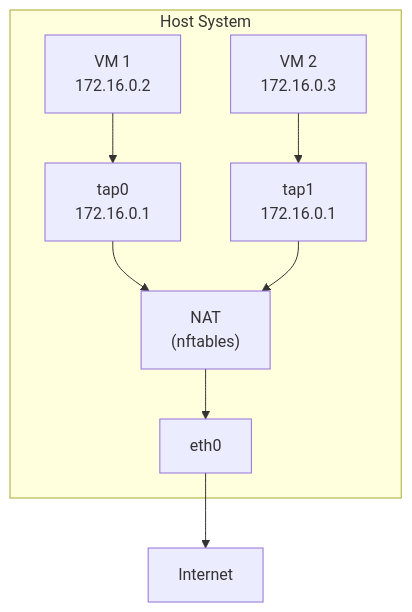
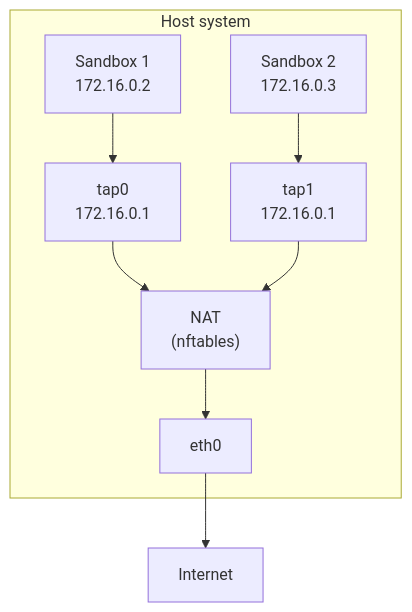
The first of 2 diagrams in smolvm/concepts/networking.mdx (CelestoAI/mintlify-docs), drawn with Mermaid before and after one commit. The commit also changed other lines of this file and 7 other files, not shown here.

````diff
--- a/smolvm/concepts/networking.mdx
+++ b/smolvm/concepts/networking.mdx
@@ -12,19 +12,19 @@
 ```mermaid
 flowchart TB
-  subgraph Host["Host System"]
-    VM1["VM 1<br/>172.16.0.2"]
-    VM2["VM 2<br/>172.16.0.3"]
+  subgraph Host["Host system"]
+    VM1["Sandbox 1<br/>172.16.0.2"]
+    VM2["Sandbox 2<br/>172.16.0.3"]
     TAP0["tap0<br/>172.16.0.1"]
     TAP1["tap1<br/>172.16.0.1"]
     NAT["NAT<br/>(nftables)"]
     ETH0["eth0"]
 
     VM1 --> TAP0
     VM2 --> TAP1
     TAP0 --> NAT
     TAP1 --> NAT
     NAT --> ETH0
   end
 
   ETH0 --> Internet["Internet"]
 ```
````
